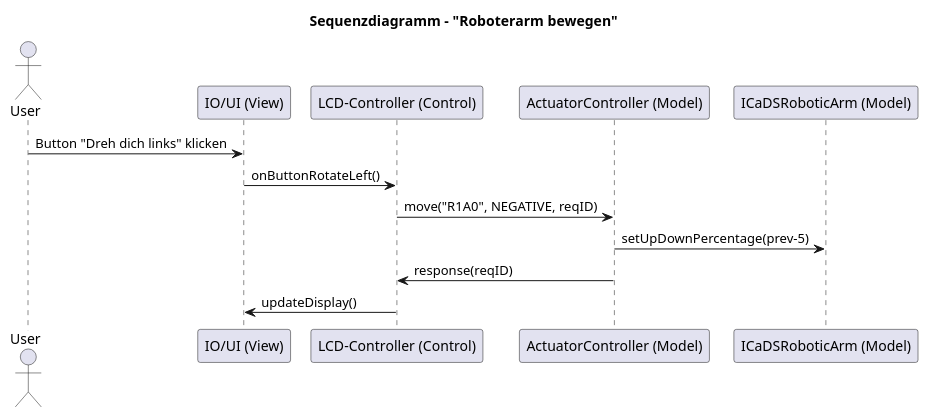
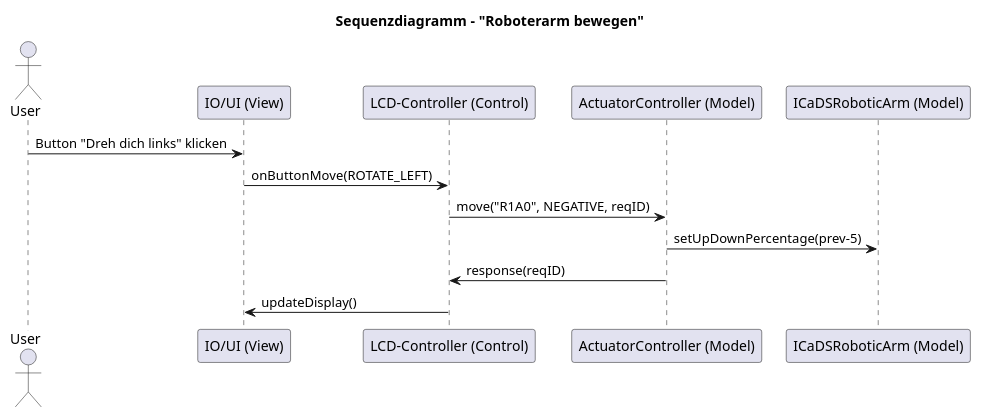
One commit to DavidDao1997/VS_Praktikum-2025-SoSe changed the diagram in Docs/diagrams/moveBefehl_250525.plantuml. Above: the diagram before and after it, drawn with PlantUML. The commit also changed 3 other files, not shown here.

```diff
--- a/Docs/diagrams/moveBefehl_250525.plantuml
+++ b/Docs/diagrams/moveBefehl_250525.plantuml
@@ -1,23 +1,23 @@
 @startuml
 title Sequenzdiagramm – "Roboterarm bewegen"
 
 actor User
 
 participant "IO/UI (View)" as IOUI
 participant "LCD-Controller (Control)" as Ctrl
 participant "ActuatorController (Model)" as ActCtrl
 participant "ICaDSRoboticArm (Model)" as RobArm
 
 ' == Benutzerinteraktion ==
 User -> IOUI: Button "Dreh dich links" klicken
-IOUI-> Ctrl: onButtonRotateLeft()
+IOUI-> Ctrl: onButtonMove(ROTATE_LEFT)
 
 
 ' == Steuerbefehl ==
 Ctrl -> ActCtrl : move("R1A0", NEGATIVE, reqID)
 ActCtrl -> RobArm : setUpDownPercentage(prev-5)
 
 '==Feedback==
 ActCtrl -> Ctrl:response(reqID)
 Ctrl -> IOUI: updateDisplay()
 @enduml
```
